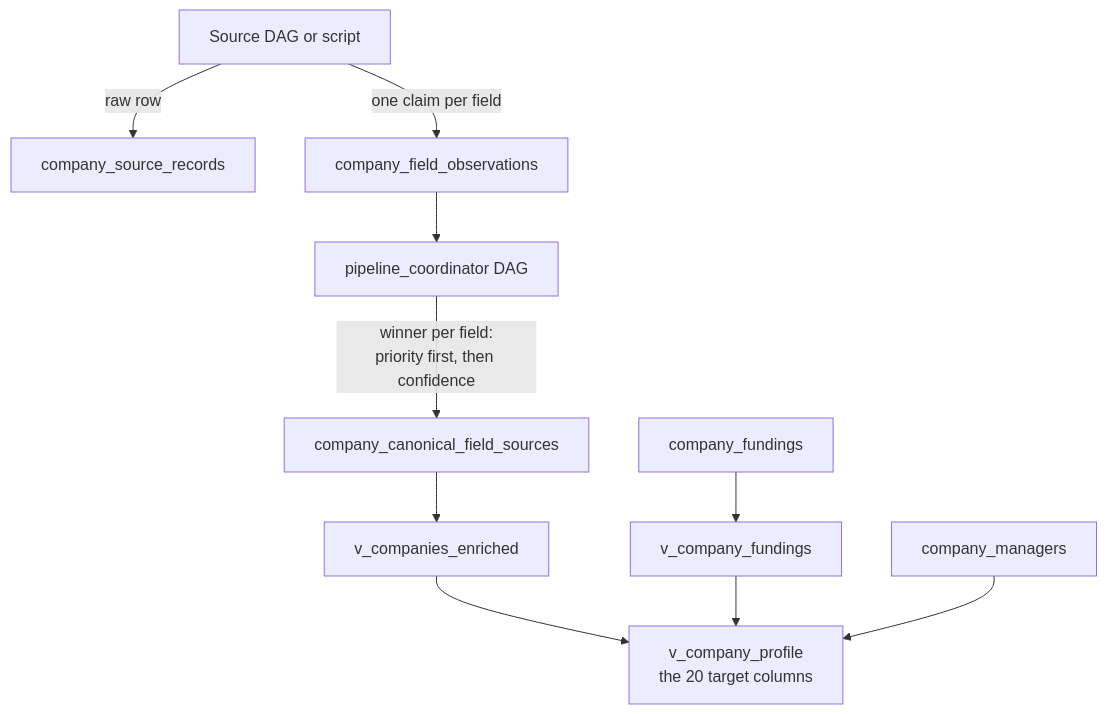
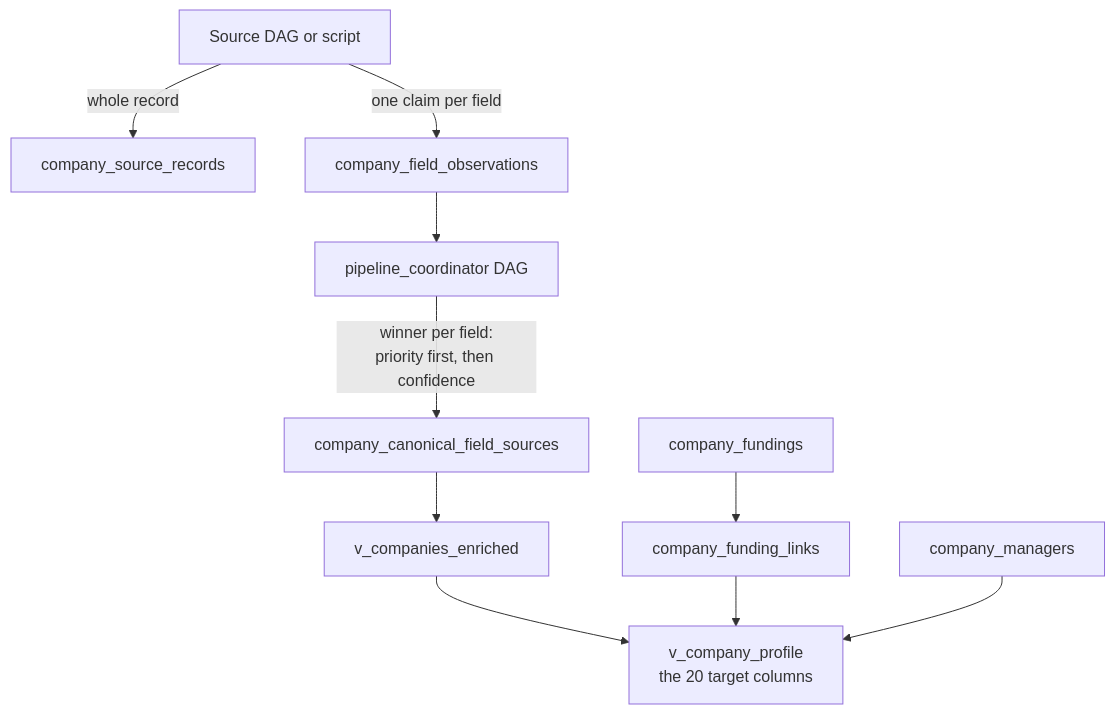
Before and after one commit to technologiestiftung/unternehmensdatenbank: the third of 4 diagrams in docs/architecture-overview.md, drawn with Mermaid. The commit also changed other lines of this file and 16 other files, not shown here.

````diff
--- a/docs/architecture-overview.md
+++ b/docs/architecture-overview.md
@@ -191,11 +106,11 @@
 ```mermaid
 flowchart TD
-  S["Source DAG or script"] -->|"raw row"| R["company_source_records"]
+  S["Source DAG or script"] -->|"whole record"| R["company_source_records"]
   S -->|"one claim per field"| O["company_field_observations"]
   O --> C["pipeline_coordinator DAG"]
   C -->|"winner per field:<br/>priority first, then confidence"| W["company_canonical_field_sources"]
   W --> E["v_companies_enriched"]
   E --> V["v_company_profile<br/>the 20 target columns"]
-  F["company_fundings"] --> VF["v_company_fundings"] --> V
+  F["company_fundings"] --> L["company_funding_links"] --> V
   M["company_managers"] --> V
 ```
````
